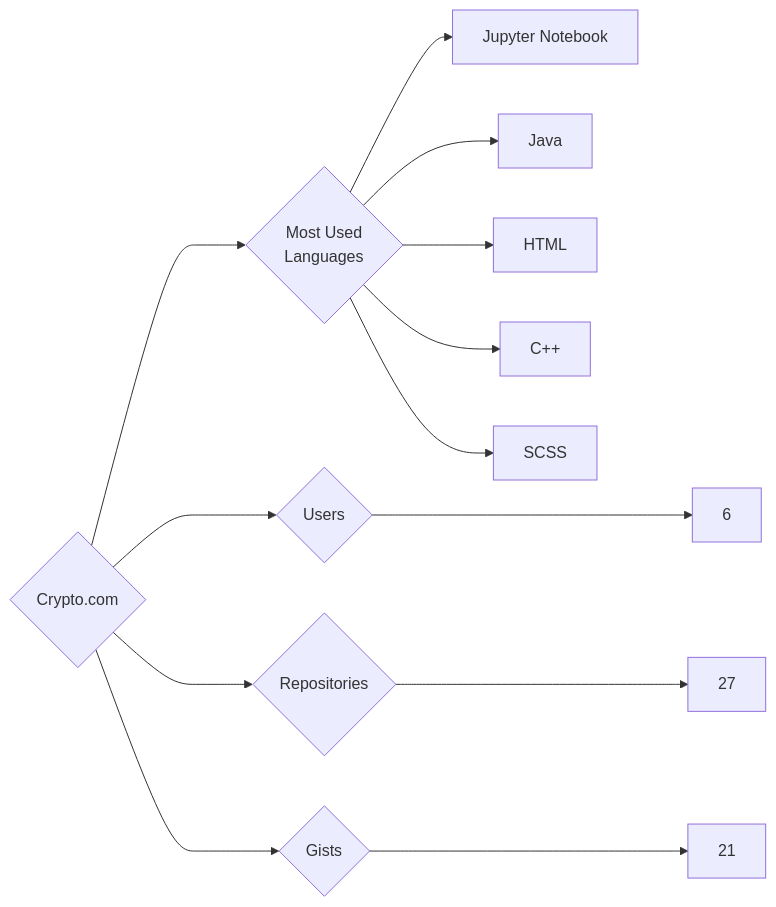
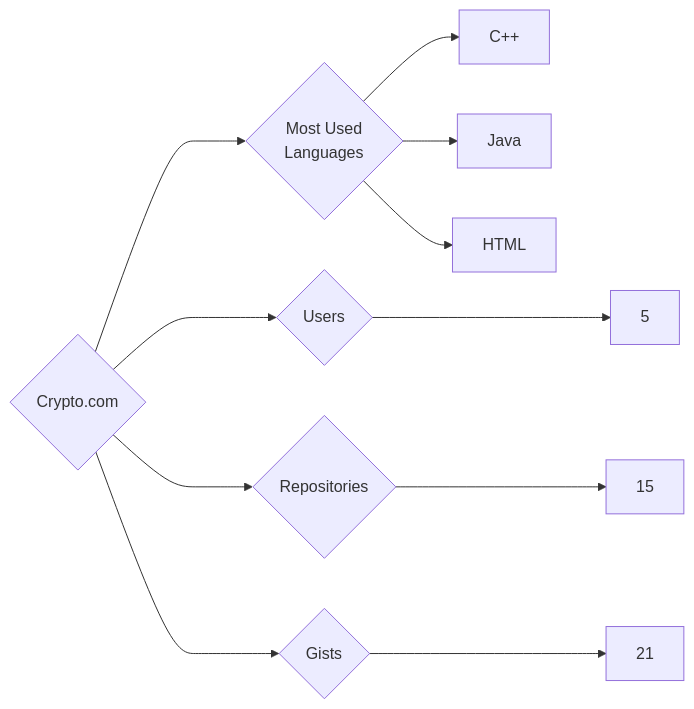
The diagram in targets/Crypto.com/README.md (trickest/insiders), drawn with Mermaid before and after one commit. The commit also changed 1084 other files, not shown here.

````diff
--- a/targets/Crypto.com/README.md
+++ b/targets/Crypto.com/README.md
@@ -3,13 +3,11 @@
 ```mermaid
 graph LR
 COMPANY_NAME{Crypto.com}
-COMPANY_NAME ---> U{Users} ---> UN[6]
-COMPANY_NAME ---> R{Repositories} ---> RN[27]
+COMPANY_NAME ---> U{Users} ---> UN[5]
+COMPANY_NAME ---> R{Repositories} ---> RN[15]
 COMPANY_NAME ---> G{Gists} ---> GN[21]
 COMPANY_NAME ---> ML{Most Used<br>Languages}
-ML --> Jupyter_Notebook[Jupyter Notebook]
+ML --> C++[C++]
 ML --> Java[Java]
 ML --> HTML[HTML]
-ML --> C++[C++]
-ML --> SCSS[SCSS]
 ```
````
